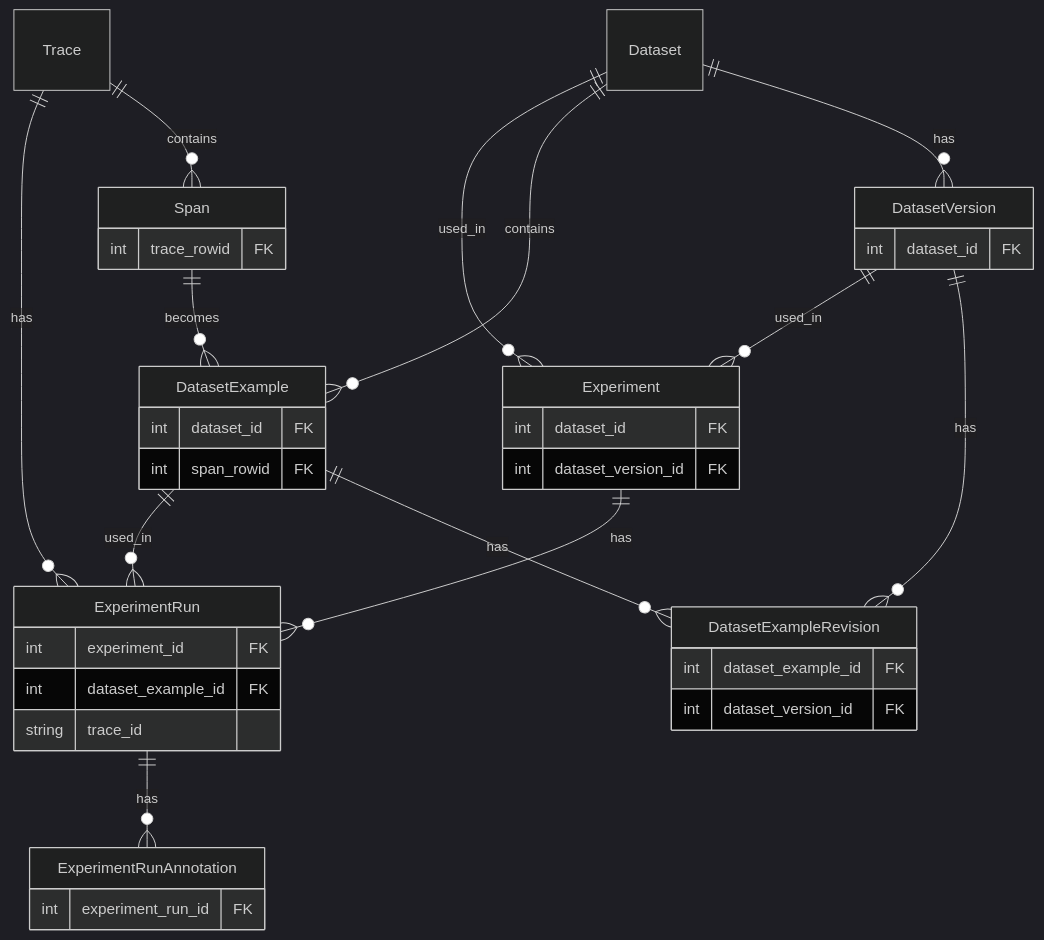
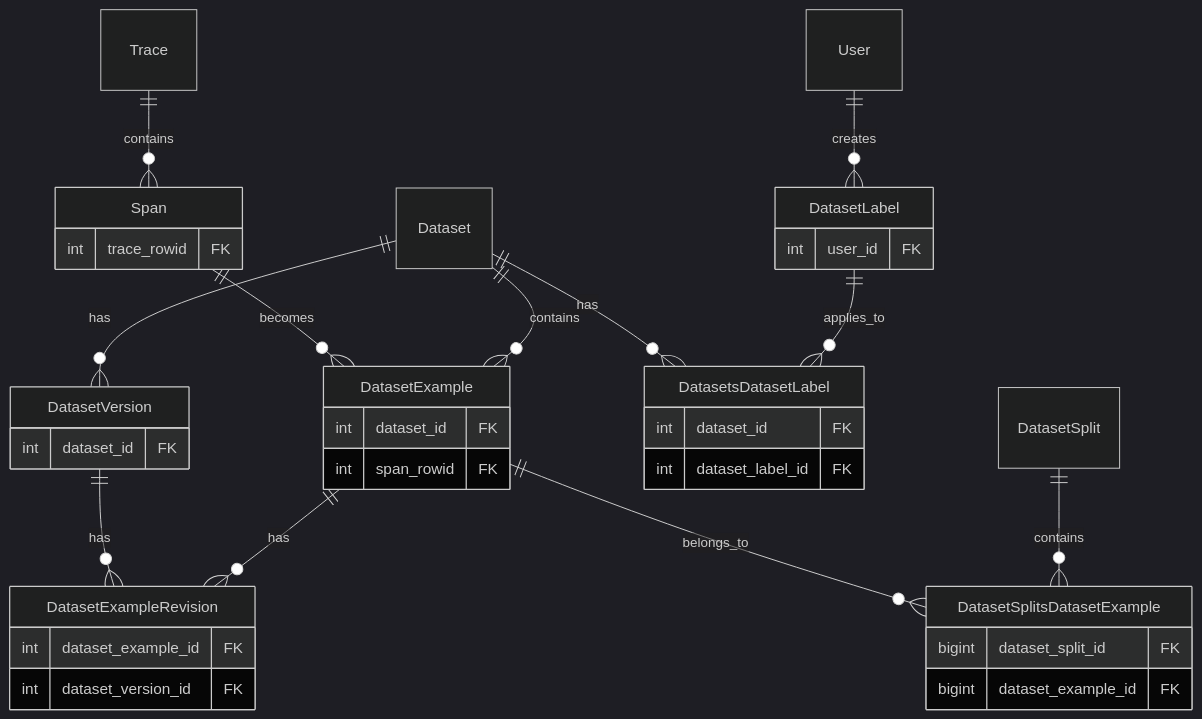
One commit to dwin-gharibi/phoenix changed the third of 8 diagrams in src/phoenix/db/README.md. Above: the diagram before and after it, drawn with Mermaid (dark theme). The commit also changed other lines of this file, not shown here.

Commit message:
update ERD

````diff
--- a/src/phoenix/db/README.md
+++ b/src/phoenix/db/README.md
@@ -487,53 +570,57 @@
 ```mermaid
 erDiagram
+    User ||--o{ DatasetLabel : creates
+    User {
+    }
+
     Trace ||--o{ Span : contains
     Trace {
     }
 
     Span ||--o{ DatasetExample : becomes
     Span {
         int trace_rowid FK
     }
 
     Dataset ||--o{ DatasetVersion : has
     Dataset ||--o{ DatasetExample : contains
-    Dataset ||--o{ Experiment : used_in
+    Dataset ||--o{ DatasetsDatasetLabel : has
     Dataset {
     }
 
     DatasetVersion ||--o{ DatasetExampleRevision : has
-    DatasetVersion ||--o{ Experiment : used_in
     DatasetVersion {
         int dataset_id FK
     }
 
     DatasetExample ||--o{ DatasetExampleRevision : has
-    DatasetExample ||--o{ ExperimentRun : used_in
+    DatasetExample ||--o{ DatasetSplitsDatasetExample : belongs_to
     DatasetExample {
         int dataset_id FK
         int span_rowid FK
     }
 
     DatasetExampleRevision {
         int dataset_example_id FK
         int dataset_version_id FK
     }
 
-    Experiment ||--o{ ExperimentRun : has
-    Experiment {
-        int dataset_id FK
-        int dataset_version_id FK
+    DatasetSplit ||--o{ DatasetSplitsDatasetExample : contains
+    DatasetSplit {
     }
 
-    ExperimentRun ||--o{ ExperimentRunAnnotation : has
-    Trace ||--o{ ExperimentRun : has
-    ExperimentRun {
-        int experiment_id FK
-        int dataset_example_id FK
-        string trace_id
+    DatasetSplitsDatasetExample {
+        bigint dataset_split_id FK
+        bigint dataset_example_id FK
     }
 
-    ExperimentRunAnnotation {
-        int experiment_run_id FK
+    DatasetLabel ||--o{ DatasetsDatasetLabel : applies_to
+    DatasetLabel {
+        int user_id FK
+    }
+
+    DatasetsDatasetLabel {
+        int dataset_id FK
+        int dataset_label_id FK
     }
 ```
````
